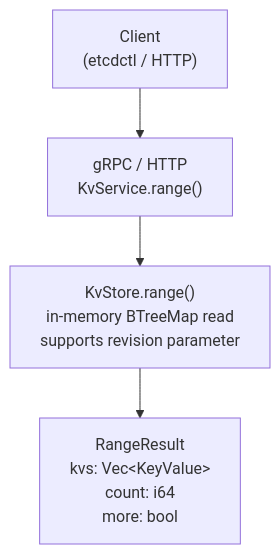
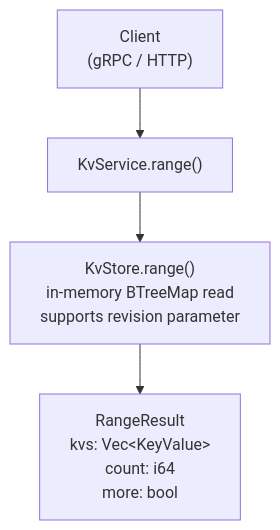
Before and after one commit to alexandernicholson/barkeeper: the fourth of 10 diagrams in docs/architecture.md, drawn with Mermaid. The commit also changed other lines of this file and 4 other files, not shown here.

````diff
--- a/docs/architecture.md
+++ b/docs/architecture.md
@@ -120,7 +118,7 @@
 ```mermaid
 graph TD
-    Client["Client<br>(etcdctl / HTTP)"]
-    Client --> Service["gRPC / HTTP<br>KvService.range()"]
+    Client["Client<br>(gRPC / HTTP)"]
+    Client --> Service["KvService.range()"]
     Service --> KV["KvStore.range()<br>in-memory BTreeMap read<br>supports revision parameter"]
     KV --> Result["RangeResult<br>kvs: Vec&lt;KeyValue&gt;<br>count: i64<br>more: bool"]
 ```
````
